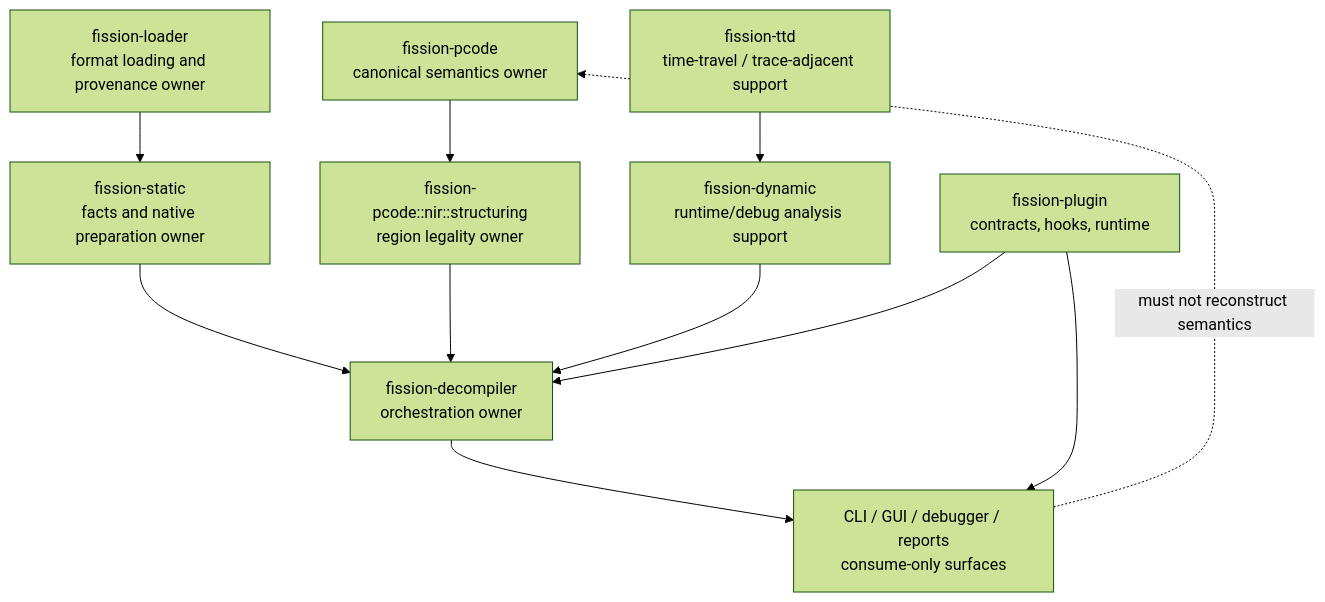
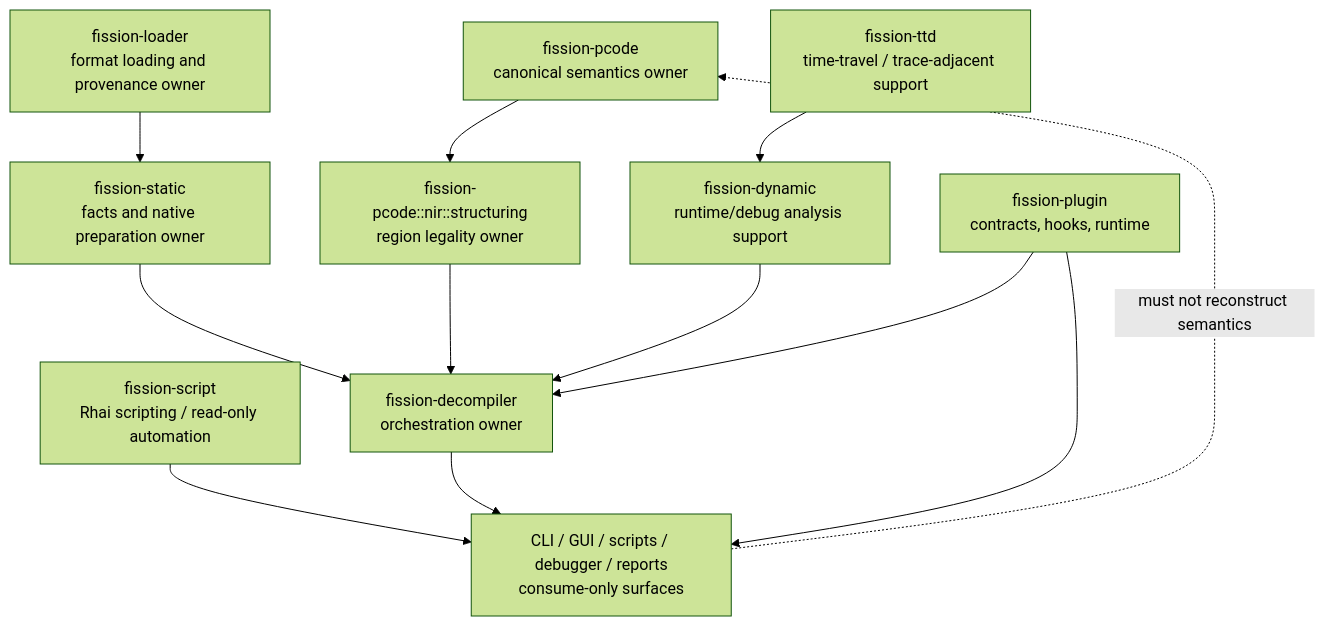
The first of 5 diagrams in docs/architecture/DIAGRAMS.md (fission-systems/Fission), drawn with Mermaid (forest theme) before and after one commit. The commit also changed other lines of this file, not shown here.

Commit message:
docs(architecture): include fission-script in diagrams

````diff
--- a/docs/architecture/DIAGRAMS.md
+++ b/docs/architecture/DIAGRAMS.md
@@ -7,24 +7,26 @@
 ```mermaid
 flowchart TD
     Pcode["fission-pcode<br/>canonical semantics owner"]
     Structuring["fission-pcode::nir::structuring<br/>region legality owner"]
     Decompiler["fission-decompiler<br/>orchestration owner"]
     Static["fission-static<br/>facts and native preparation owner"]
     Loader["fission-loader<br/>format loading and provenance owner"]
+    Script["fission-script<br/>Rhai scripting / read-only automation"]
     Dynamic["fission-dynamic<br/>runtime/debug analysis support"]
     TTD["fission-ttd<br/>time-travel / trace-adjacent support"]
     Plugin["fission-plugin<br/>contracts, hooks, runtime"]
-    Surfaces["CLI / GUI / debugger / reports<br/>consume-only surfaces"]
+    Surfaces["CLI / GUI / scripts / debugger / reports<br/>consume-only surfaces"]
 
     Loader --> Static
     Static --> Decompiler
     Pcode --> Structuring
     Structuring --> Decompiler
+    Script --> Surfaces
     Dynamic --> Decompiler
     TTD --> Dynamic
     Plugin --> Decompiler
     Decompiler --> Surfaces
     Plugin --> Surfaces
 
     Surfaces -. "must not reconstruct semantics" .-> Pcode
 ```
````
